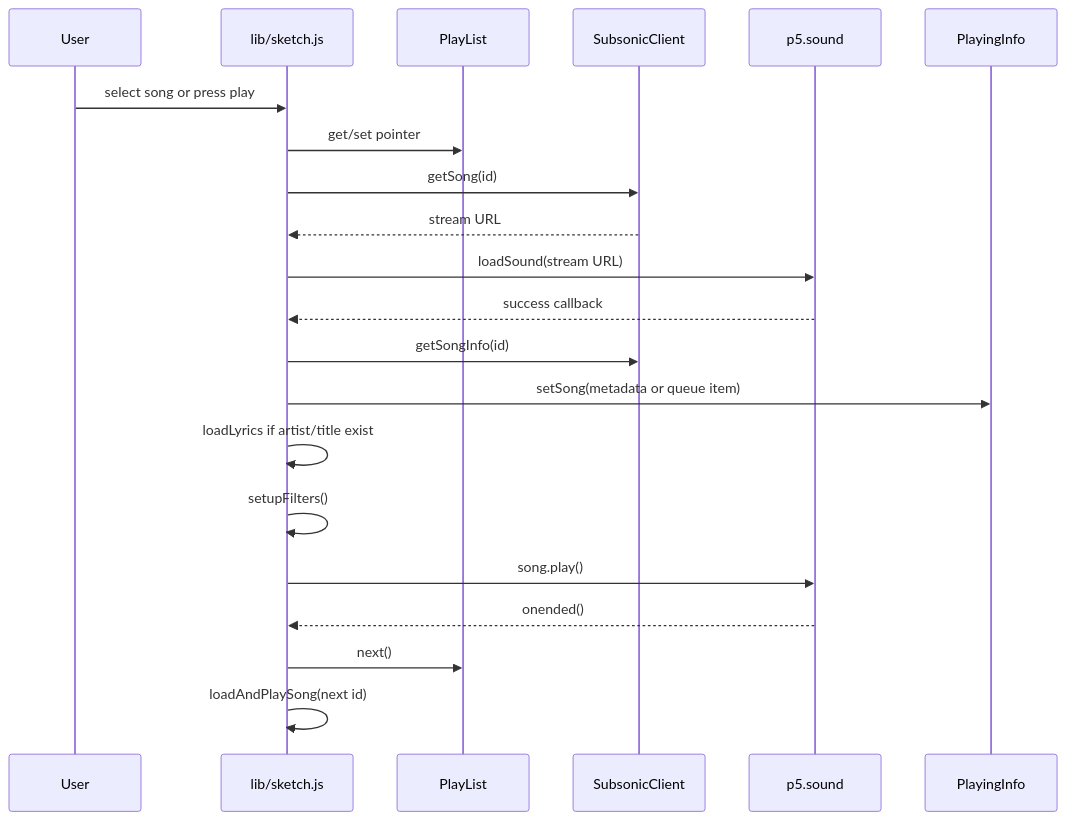
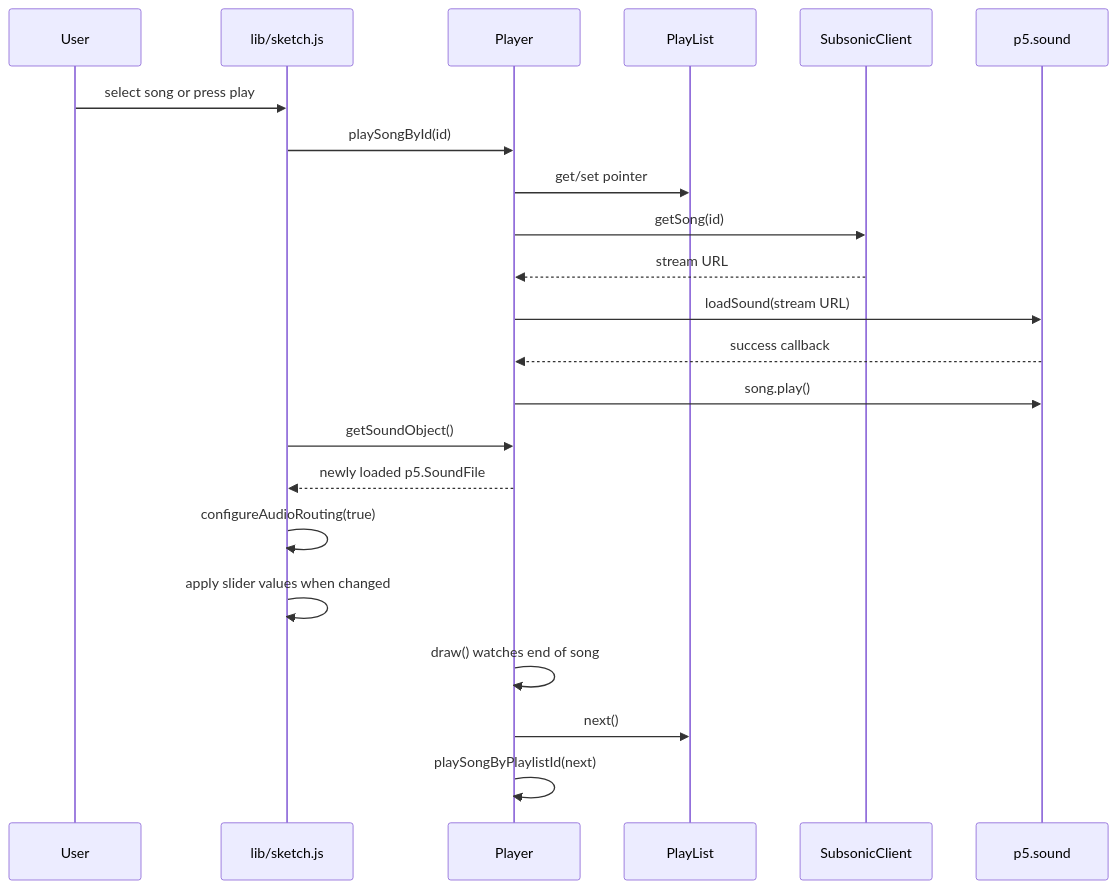
Before and after one commit to Leorivasc/neon_deck: the fifth of 8 diagrams in doc/diagrams.md, drawn with Mermaid. The commit also changed other lines of this file and 2 other files, not shown here.

````diff
--- a/doc/diagrams.md
+++ b/doc/diagrams.md
@@ -106,24 +110,25 @@
 ```mermaid
 sequenceDiagram
     participant User
     participant Sketch as lib/sketch.js
+    participant Player
     participant Queue as PlayList
     participant Client as SubsonicClient
     participant P5 as p5.sound
-    participant Info as PlayingInfo
 
     User->>Sketch: select song or press play
-    Sketch->>Queue: get/set pointer
-    Sketch->>Client: getSong(id)
-    Client-->>Sketch: stream URL
-    Sketch->>P5: loadSound(stream URL)
-    P5-->>Sketch: success callback
-    Sketch->>Client: getSongInfo(id)
-    Sketch->>Info: setSong(metadata or queue item)
-    Sketch->>Sketch: loadLyrics if artist/title exist
-    Sketch->>Sketch: setupFilters()
-    Sketch->>P5: song.play()
-    P5-->>Sketch: onended()
-    Sketch->>Queue: next()
-    Sketch->>Sketch: loadAndPlaySong(next id)
+    Sketch->>Player: playSongById(id)
+    Player->>Queue: get/set pointer
+    Player->>Client: getSong(id)
+    Client-->>Player: stream URL
+    Player->>P5: loadSound(stream URL)
+    P5-->>Player: success callback
+    Player->>P5: song.play()
+    Sketch->>Player: getSoundObject()
+    Player-->>Sketch: newly loaded p5.SoundFile
+    Sketch->>Sketch: configureAudioRouting(true)
+    Sketch->>Sketch: apply slider values when changed
+    Player->>Player: draw() watches end of song
+    Player->>Queue: next()
+    Player->>Player: playSongByPlaylistId(next)
 ```
````
